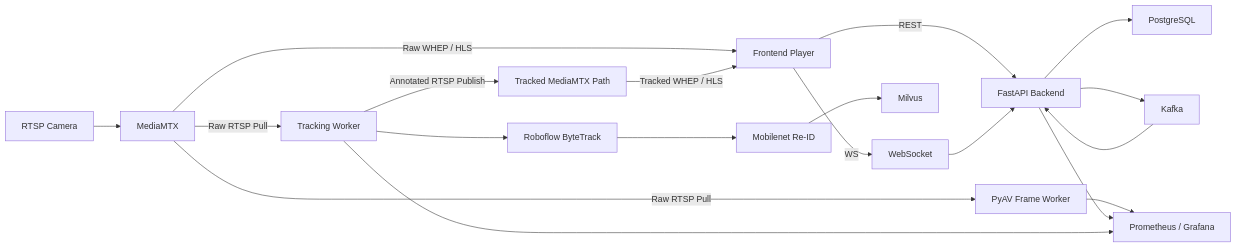
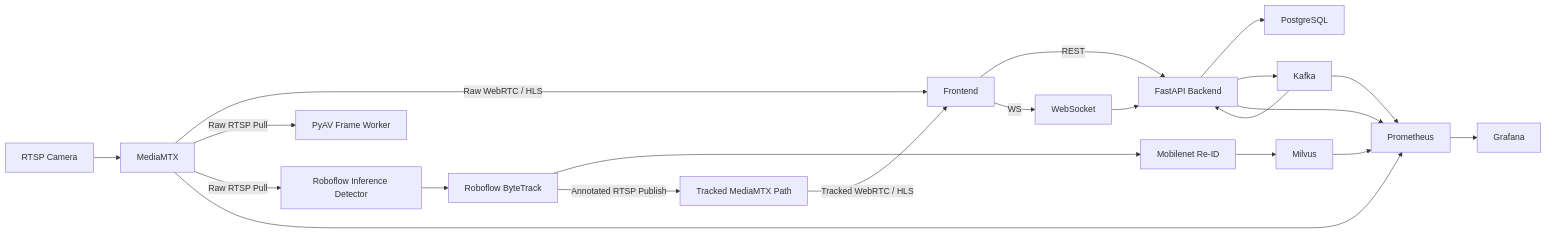
The first of 2 diagrams in backend/README.md (Premaramkarthik/Ai-Intelligence-Theft-Detection), drawn with Mermaid before and after one commit. The commit also changed other lines of this file and 71 other files, not shown here.

````diff
--- a/backend/README.md
+++ b/backend/README.md
@@ -41,36 +42,41 @@
 ```mermaid
 flowchart LR
     Camera["RTSP Camera"]
-    MediaMTX["MediaMTX"]
-    Frontend["Frontend Player"]
+    Frontend["Frontend"]
     API["FastAPI Backend"]
     DB["PostgreSQL"]
+    MediaMTX["MediaMTX"]
+    Kafka["Kafka"]
     WS["WebSocket"]
-    Kafka["Kafka"]
     PyAV["PyAV Frame Worker"]
-    Tracking["Tracking Worker"]
-    ByteTrack["Roboflow ByteTrack"]
+    Detector["Roboflow Inference Detector"]
+    Tracker["Roboflow ByteTrack"]
     ReID["Mobilenet Re-ID"]
     Milvus["Milvus"]
     Tracked["Tracked MediaMTX Path"]
-    Metrics["Prometheus / Grafana"]
+    Prom["Prometheus"]
+    Grafana["Grafana"]
 
-    Camera --> MediaMTX
     Frontend -->|REST| API
     Frontend -->|WS| WS
     WS --> API
     API --> DB
     API --> Kafka
     Kafka --> API
-    MediaMTX -->|Raw WHEP / HLS| Frontend
+
+    Camera --> MediaMTX
+    MediaMTX -->|Raw WebRTC / HLS| Frontend
     MediaMTX -->|Raw RTSP Pull| PyAV
-    MediaMTX -->|Raw RTSP Pull| Tracking
-    PyAV --> Metrics
-    Tracking --> ByteTrack
-    ByteTrack --> ReID
+    MediaMTX -->|Raw RTSP Pull| Detector
+    Detector --> Tracker
+    Tracker --> ReID
     ReID --> Milvus
-    Tracking -->|Annotated RTSP Publish| Tracked
-    Tracked -->|Tracked WHEP / HLS| Frontend
-    API --> Metrics
-    Tracking --> Metrics
+    Tracker -->|Annotated RTSP Publish| Tracked
+    Tracked -->|Tracked WebRTC / HLS| Frontend
+
+    API --> Prom
+    MediaMTX --> Prom
+    Kafka --> Prom
+    Milvus --> Prom
+    Prom --> Grafana
 ```
````
